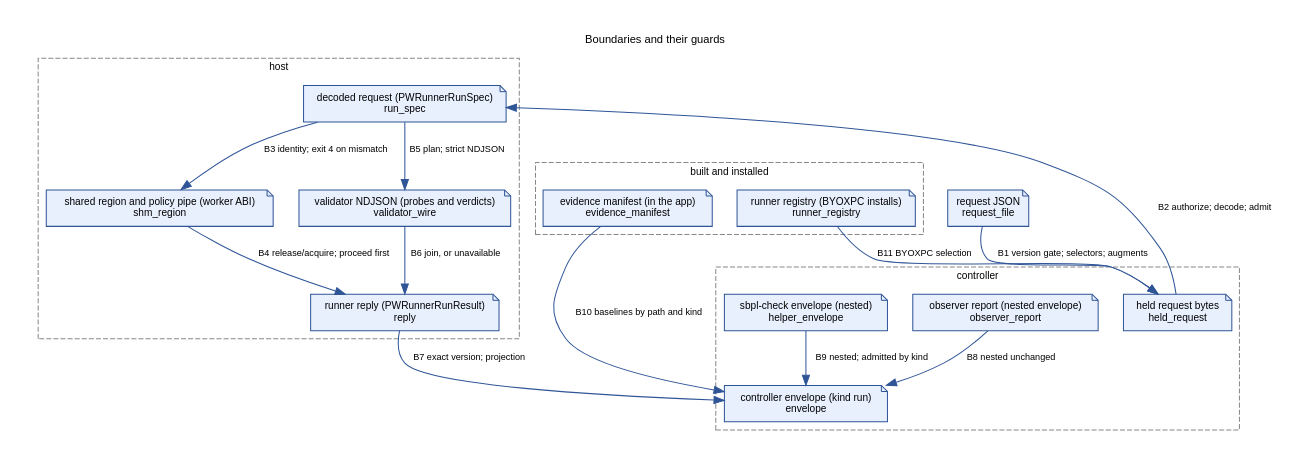
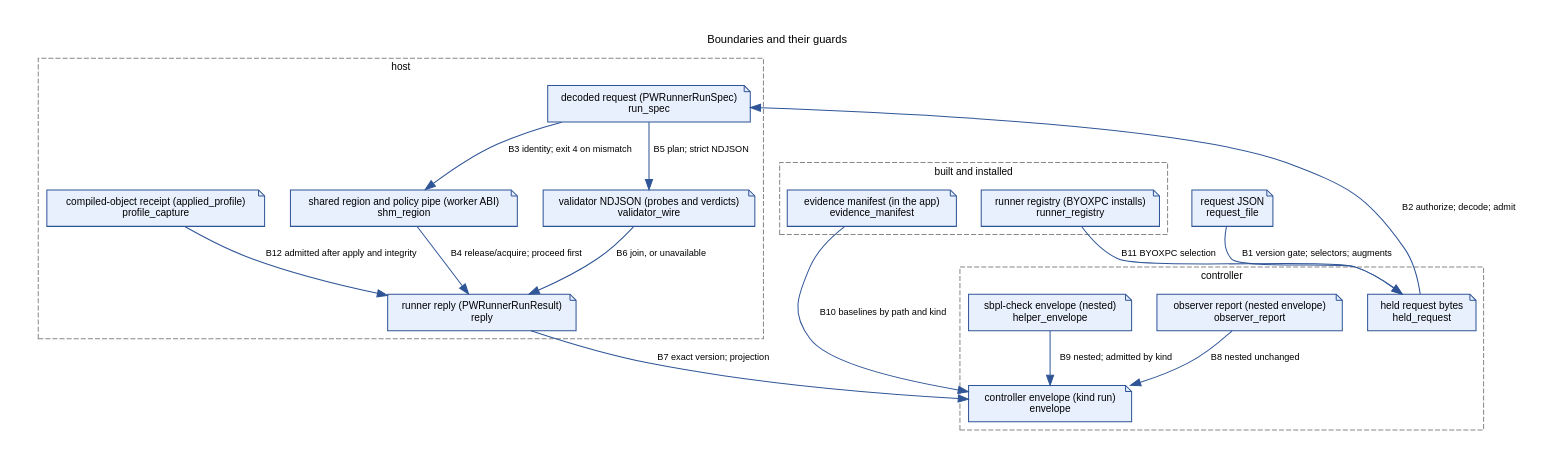
The diagram in docs/architecture-boundaries.dot (Protonk/PolicyWitness), drawn with Graphviz before and after one commit. The commit also changed 9 other files, not shown here.

```diff
--- a/docs/architecture-boundaries.dot
+++ b/docs/architecture-boundaries.dot
@@ -1,46 +1,49 @@
 digraph boundaries {
     graph [rankdir=TB, bgcolor="white", fontname="Helvetica", fontsize=11, label="Boundaries and their guards", labelloc=t, pad=0.3, nodesep=0.35, ranksep=0.6];
     node [fontname="Helvetica", fontsize=10];
     edge [fontname="Helvetica", fontsize=9];
     subgraph cluster_controller_side {
         label="controller"; style=dashed; color="#888888"; fontsize=10;
         held_request;
         envelope;
         observer_report;
         helper_envelope;
     }
     subgraph cluster_host_side {
         label="host"; style=dashed; color="#888888"; fontsize=10;
         run_spec;
         shm_region;
         validator_wire;
         reply;
+        profile_capture;
     }
     subgraph cluster_installed {
         label="built and installed"; style=dashed; color="#888888"; fontsize=10;
         evidence_manifest;
         runner_registry;
     }
     request_file [shape="note", style="filled", fillcolor="#e8f0fe", color="#2f5597", label="request JSON\nrequest_file", URL="ARCHITECTURE.md#boundaries-and-their-guards-nodes", tooltip="request_file: request JSON"];
     held_request [shape="note", style="filled", fillcolor="#e8f0fe", color="#2f5597", label="held request bytes\nheld_request", URL="ARCHITECTURE.md#boundaries-and-their-guards-nodes", tooltip="held_request: held request bytes"];
     run_spec [shape="note", style="filled", fillcolor="#e8f0fe", color="#2f5597", label="decoded request (PWRunnerRunSpec)\nrun_spec", URL="ARCHITECTURE.md#boundaries-and-their-guards-nodes", tooltip="run_spec: decoded request (PWRunnerRunSpec)"];
     shm_region [shape="note", style="filled", fillcolor="#e8f0fe", color="#2f5597", label="shared region and policy pipe (worker ABI)\nshm_region", URL="ARCHITECTURE.md#boundaries-and-their-guards-nodes", tooltip="shm_region: shared region and policy pipe (worker ABI)"];
     validator_wire [shape="note", style="filled", fillcolor="#e8f0fe", color="#2f5597", label="validator NDJSON (probes and verdicts)\nvalidator_wire", URL="ARCHITECTURE.md#boundaries-and-their-guards-nodes", tooltip="validator_wire: validator NDJSON (probes and verdicts)"];
     reply [shape="note", style="filled", fillcolor="#e8f0fe", color="#2f5597", label="runner reply (PWRunnerRunResult)\nreply", URL="ARCHITECTURE.md#boundaries-and-their-guards-nodes", tooltip="reply: runner reply (PWRunnerRunResult)"];
+    profile_capture [shape="note", style="filled", fillcolor="#e8f0fe", color="#2f5597", label="compiled-object receipt (applied_profile)\nprofile_capture", URL="ARCHITECTURE.md#boundaries-and-their-guards-nodes", tooltip="profile_capture: compiled-object receipt (applied_profile)"];
     envelope [shape="note", style="filled", fillcolor="#e8f0fe", color="#2f5597", label="controller envelope (kind run)\nenvelope", URL="ARCHITECTURE.md#boundaries-and-their-guards-nodes", tooltip="envelope: controller envelope (kind run)"];
     observer_report [shape="note", style="filled", fillcolor="#e8f0fe", color="#2f5597", label="observer report (nested envelope)\nobserver_report", URL="ARCHITECTURE.md#boundaries-and-their-guards-nodes", tooltip="observer_report: observer report (nested envelope)"];
     helper_envelope [shape="note", style="filled", fillcolor="#e8f0fe", color="#2f5597", label="sbpl-check envelope (nested)\nhelper_envelope", URL="ARCHITECTURE.md#boundaries-and-their-guards-nodes", tooltip="helper_envelope: sbpl-check envelope (nested)"];
     evidence_manifest [shape="note", style="filled", fillcolor="#e8f0fe", color="#2f5597", label="evidence manifest (in the app)\nevidence_manifest", URL="ARCHITECTURE.md#boundaries-and-their-guards-nodes", tooltip="evidence_manifest: evidence manifest (in the app)"];
     runner_registry [shape="note", style="filled", fillcolor="#e8f0fe", color="#2f5597", label="runner registry (BYOXPC installs)\nrunner_registry", URL="ARCHITECTURE.md#boundaries-and-their-guards-nodes", tooltip="runner_registry: runner registry (BYOXPC installs)"];
     request_file -> held_request [style="solid", color="#2f5597", label="B1 version gate; selectors; augments", URL="ARCHITECTURE.md#boundaries-and-their-guards-edges", tooltip="B1: request version gate; selector parse; augment resolution"];
     held_request -> run_spec [style="solid", color="#2f5597", label="B2 authorize; decode; admit", URL="ARCHITECTURE.md#boundaries-and-their-guards-edges", tooltip="B2: caller authorization; closed-key decode; capacity, then meaning; policy hash"];
     run_spec -> shm_region [style="solid", color="#2f5597", label="B3 identity; exit 4 on mismatch", URL="ARCHITECTURE.md#boundaries-and-their-guards-edges", tooltip="B3: host writes identity, counts, slots, params; worker refuses on magic or identity mismatch (exit 4)"];
     shm_region -> reply [style="solid", color="#2f5597", label="B4 release/acquire; proceed first", URL="ARCHITECTURE.md#boundaries-and-their-guards-edges", tooltip="B4: release/acquire publication; proceed before attempts; disposition record from raw facts"];
     run_spec -> validator_wire [style="solid", color="#2f5597", label="B5 plan; strict NDJSON", URL="ARCHITECTURE.md#boundaries-and-their-guards-edges", tooltip="B5: planned probes; strict NDJSON decode; association by unique id"];
     validator_wire -> reply [style="solid", color="#2f5597", label="B6 join, or unavailable", URL="ARCHITECTURE.md#boundaries-and-their-guards-edges", tooltip="B6: verdict joined to its step, or an explicit unavailable prediction"];
     reply -> envelope [style="solid", color="#2f5597", label="B7 exact version; projection", URL="ARCHITECTURE.md#boundaries-and-their-guards-edges", tooltip="B7: exact response version; disposition validated and projected; reply retained unread when refused"];
     observer_report -> envelope [style="solid", color="#2f5597", label="B8 nested unchanged", URL="ARCHITECTURE.md#boundaries-and-their-guards-edges", tooltip="B8: nested unchanged; log evidence never changes execution evidence"];
     helper_envelope -> envelope [style="solid", color="#2f5597", label="B9 nested; admitted by kind", URL="ARCHITECTURE.md#boundaries-and-their-guards-edges", tooltip="B9: nested unchanged; admitted by kind and frame version"];
     evidence_manifest -> envelope [style="solid", color="#2f5597", label="B10 baselines by path and kind", URL="ARCHITECTURE.md#boundaries-and-their-guards-edges", tooltip="B10: dossier compares selected binaries with manifest baselines; lookup by exact path and kind"];
     runner_registry -> held_request [style="solid", color="#2f5597", label="B11 BYOXPC selection", URL="ARCHITECTURE.md#boundaries-and-their-guards-edges", tooltip="B11: selection resolves a BYOXPC target; selector fields stripped before XPC"];
+    profile_capture -> reply [style="solid", color="#2f5597", label="B12 admitted after apply and integrity", URL="ARCHITECTURE.md#boundaries-and-their-guards-edges", tooltip="B12: admitted only after successful application, worker completion, PID, nonce, input identity and payload integrity checks"];
 }
```
